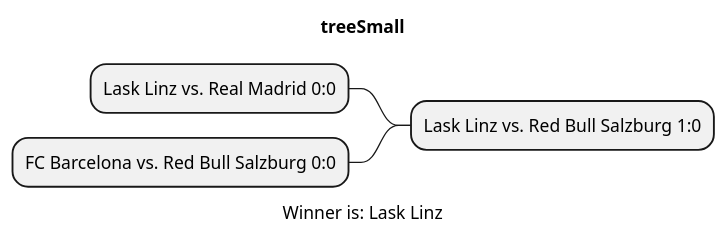
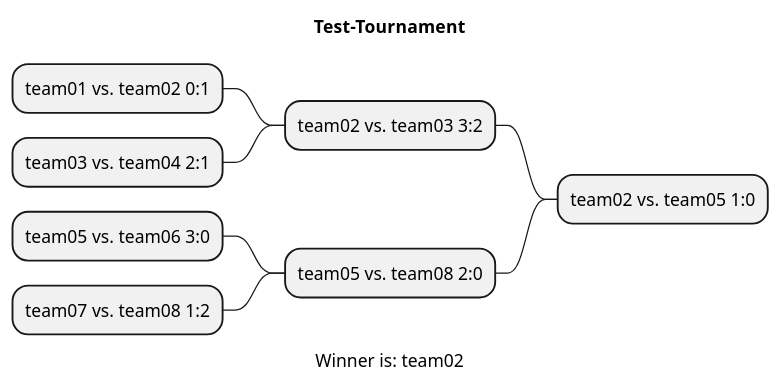
One commit to htl-leonding-project/2022-4ahif-autohaus changed the diagram in asciidocs/plantuml/Result.puml. Above: the diagram before and after it, drawn with PlantUML. The commit also changed 9 other files, not shown here.

```diff
--- a/asciidocs/plantuml/Result.puml
+++ b/asciidocs/plantuml/Result.puml
@@ -1,10 +1,18 @@
-@startmindmap treeSmall.png
-title treeSmall
+@startmindmap Test-Tournament.png
+title Test-Tournament
 
-- Lask Linz vs. Red Bull Salzburg 1:0
+- team02 vs. team05 1:0
 
--- Lask Linz vs. Real Madrid 0:0
+-- team02 vs. team03 3:2
 
--- FC Barcelona vs. Red Bull Salzburg 0:0
-caption Winner is: Lask Linz
+--- team01 vs. team02 0:1
+
+--- team03 vs. team04 2:1
+
+-- team05 vs. team08 2:0
+
+--- team05 vs. team06 3:0
+
+--- team07 vs. team08 1:2
+caption Winner is: team02
 @endmindmap
```
